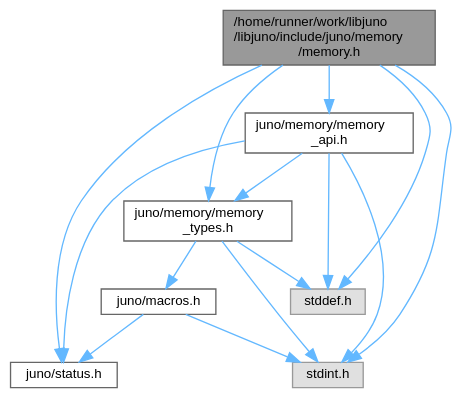
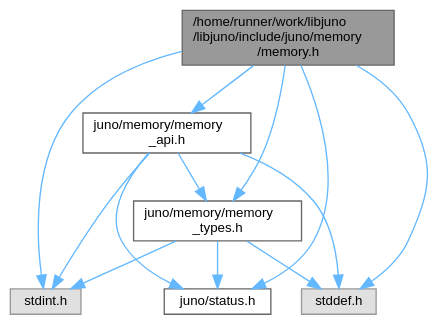
Before and after one commit to robinonsay/libjuno: the diagram in memory_8h__incl.dot, drawn with Graphviz. The commit also changed 164 other files, not shown here.

```diff
--- a/memory_8h__incl.dot
+++ b/memory_8h__incl.dot
@@ -1,28 +1,25 @@
 digraph "/home/runner/work/libjuno/libjuno/include/juno/memory/memory.h"
 {
  // LATEX_PDF_SIZE
   bgcolor="transparent";
   edge [fontname=Helvetica,fontsize=10,labelfontname=Helvetica,labelfontsize=10];
   node [fontname=Helvetica,fontsize=10,shape=box,height=0.2,width=0.4];
   Node1 [id="Node000001",label="/home/runner/work/libjuno\l/libjuno/include/juno/memory\l/memory.h",height=0.2,width=0.4,color="gray40", fillcolor="grey60", style="filled", fontcolor="black",tooltip=" "];
   Node1 -> Node2 [id="edge1_Node000001_Node000002",color="steelblue1",style="solid",tooltip=" "];
   Node2 [id="Node000002",label="juno/memory/memory\l_api.h",height=0.2,width=0.4,color="grey40", fillcolor="white", style="filled",URL="$memory__api_8h.html",tooltip=" "];
   Node2 -> Node3 [id="edge2_Node000002_Node000003",color="steelblue1",style="solid",tooltip=" "];
   Node3 [id="Node000003",label="juno/status.h",height=0.2,width=0.4,color="grey40", fillcolor="white", style="filled",URL="$status_8h.html",tooltip=" "];
   Node2 -> Node4 [id="edge3_Node000002_Node000004",color="steelblue1",style="solid",tooltip=" "];
   Node4 [id="Node000004",label="stddef.h",height=0.2,width=0.4,color="grey60", fillcolor="#E0E0E0", style="filled",tooltip=" "];
   Node2 -> Node5 [id="edge4_Node000002_Node000005",color="steelblue1",style="solid",tooltip=" "];
   Node5 [id="Node000005",label="stdint.h",height=0.2,width=0.4,color="grey60", fillcolor="#E0E0E0", style="filled",tooltip=" "];
   Node2 -> Node6 [id="edge5_Node000002_Node000006",color="steelblue1",style="solid",tooltip=" "];
   Node6 [id="Node000006",label="juno/memory/memory\l_types.h",height=0.2,width=0.4,color="grey40", fillcolor="white", style="filled",URL="$memory__types_8h.html",tooltip=" "];
-  Node6 -> Node7 [id="edge6_Node000006_Node000007",color="steelblue1",style="solid",tooltip=" "];
-  Node7 [id="Node000007",label="juno/macros.h",height=0.2,width=0.4,color="grey40", fillcolor="white", style="filled",URL="$macros_8h.html",tooltip=" "];
-  Node7 -> Node3 [id="edge7_Node000007_Node000003",color="steelblue1",style="solid",tooltip=" "];
-  Node7 -> Node5 [id="edge8_Node000007_Node000005",color="steelblue1",style="solid",tooltip=" "];
-  Node6 -> Node4 [id="edge9_Node000006_Node000004",color="steelblue1",style="solid",tooltip=" "];
-  Node6 -> Node5 [id="edge10_Node000006_Node000005",color="steelblue1",style="solid",tooltip=" "];
-  Node1 -> Node6 [id="edge11_Node000001_Node000006",color="steelblue1",style="solid",tooltip=" "];
-  Node1 -> Node3 [id="edge12_Node000001_Node000003",color="steelblue1",style="solid",tooltip=" "];
-  Node1 -> Node4 [id="edge13_Node000001_Node000004",color="steelblue1",style="solid",tooltip=" "];
-  Node1 -> Node5 [id="edge14_Node000001_Node000005",color="steelblue1",style="solid",tooltip=" "];
+  Node6 -> Node4 [id="edge6_Node000006_Node000004",color="steelblue1",style="solid",tooltip=" "];
+  Node6 -> Node5 [id="edge7_Node000006_Node000005",color="steelblue1",style="solid",tooltip=" "];
+  Node6 -> Node3 [id="edge8_Node000006_Node000003",color="steelblue1",style="solid",tooltip=" "];
+  Node1 -> Node6 [id="edge9_Node000001_Node000006",color="steelblue1",style="solid",tooltip=" "];
+  Node1 -> Node3 [id="edge10_Node000001_Node000003",color="steelblue1",style="solid",tooltip=" "];
+  Node1 -> Node4 [id="edge11_Node000001_Node000004",color="steelblue1",style="solid",tooltip=" "];
+  Node1 -> Node5 [id="edge12_Node000001_Node000005",color="steelblue1",style="solid",tooltip=" "];
 }
```
